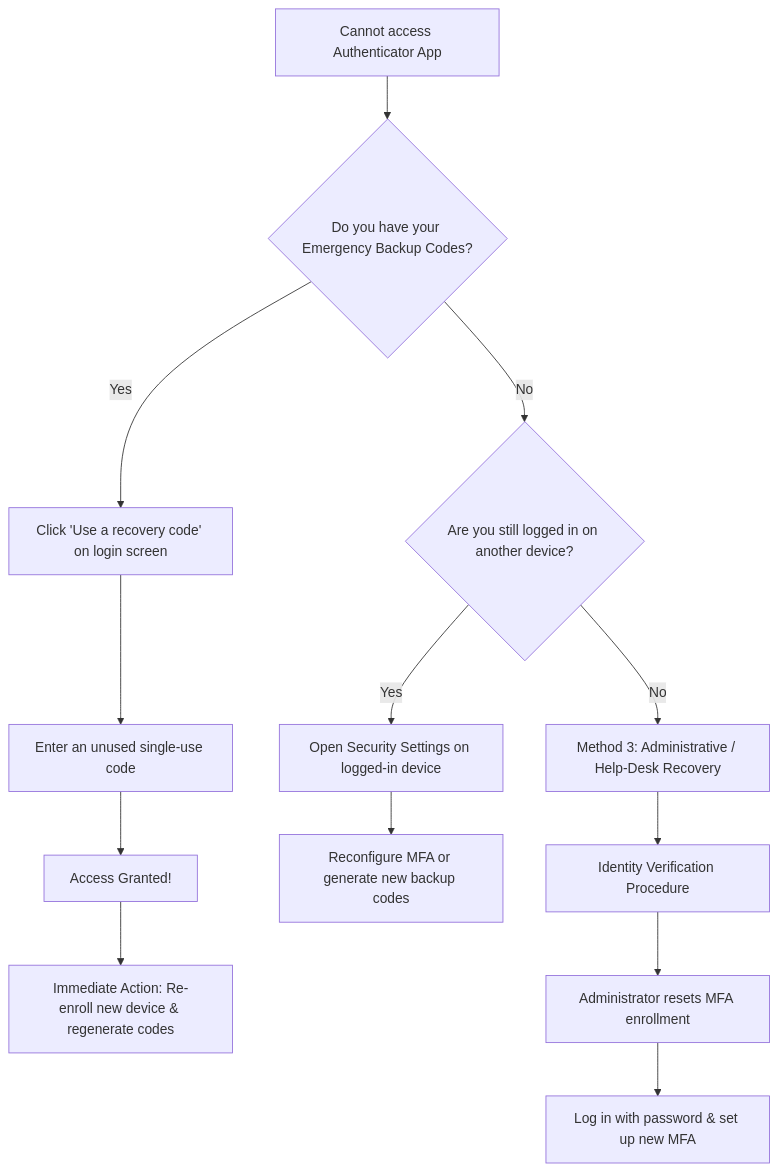
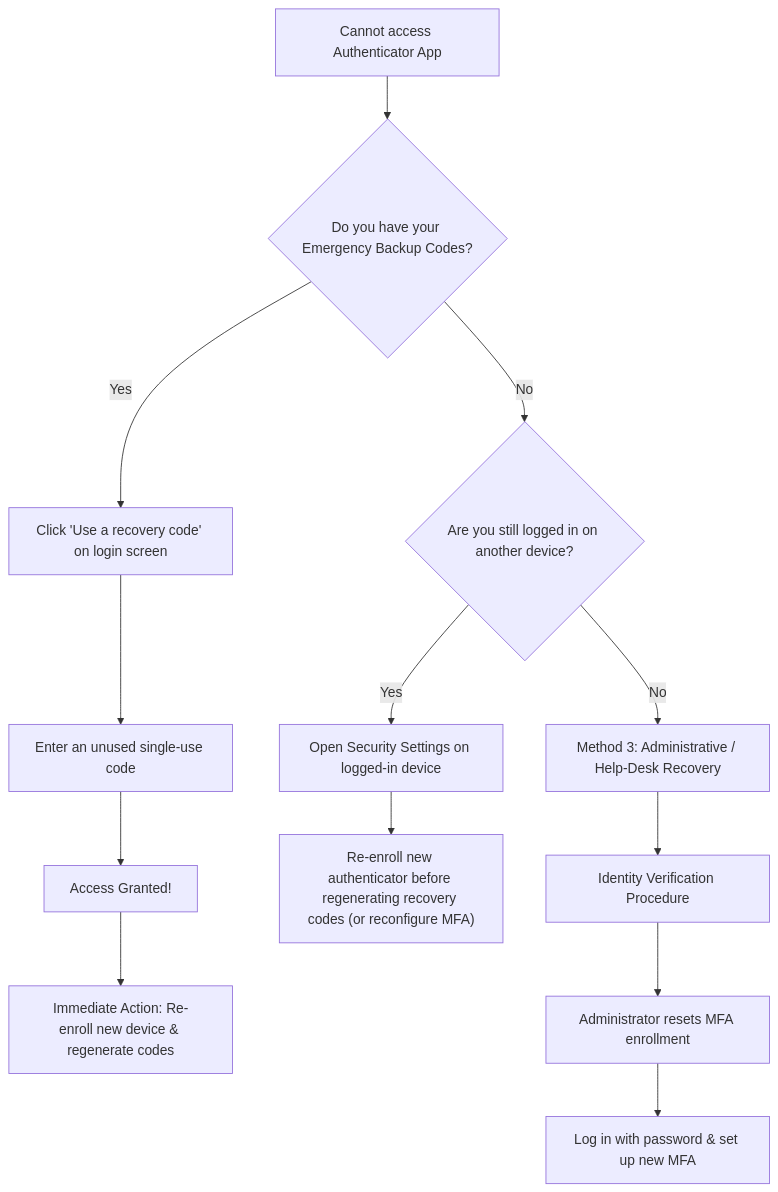
One commit to sidd190/Dimsee changed the fourth of 4 diagrams in docs/mfa-enrollment-and-recovery.md. Above: the diagram before and after it, drawn with Mermaid. The commit also changed other lines of this file and 2 other files, not shown here.

````diff
--- a/docs/mfa-enrollment-and-recovery.md
+++ b/docs/mfa-enrollment-and-recovery.md
@@ -260,15 +263,15 @@
 ```mermaid
 flowchart TD
     A["Cannot access Authenticator App"] --> B{"Do you have your Emergency Backup Codes?"}
     B -- Yes --> C["Click 'Use a recovery code' on login screen"]
     C --> D["Enter an unused single-use code"]
     D --> E["Access Granted!"]
     E --> F["Immediate Action: Re-enroll new device & regenerate codes"]
     B -- No --> G{"Are you still logged in on another device?"}
     G -- Yes --> H["Open Security Settings on logged-in device"]
-    H --> I["Reconfigure MFA or generate new backup codes"]
+    H --> I["Re-enroll new authenticator before regenerating recovery codes (or reconfigure MFA)"]
     G -- No --> J["Method 3: Administrative / Help-Desk Recovery"]
     J --> K["Identity Verification Procedure"]
     K --> L["Administrator resets MFA enrollment"]
     L --> M["Log in with password & set up new MFA"]
 ```
````
